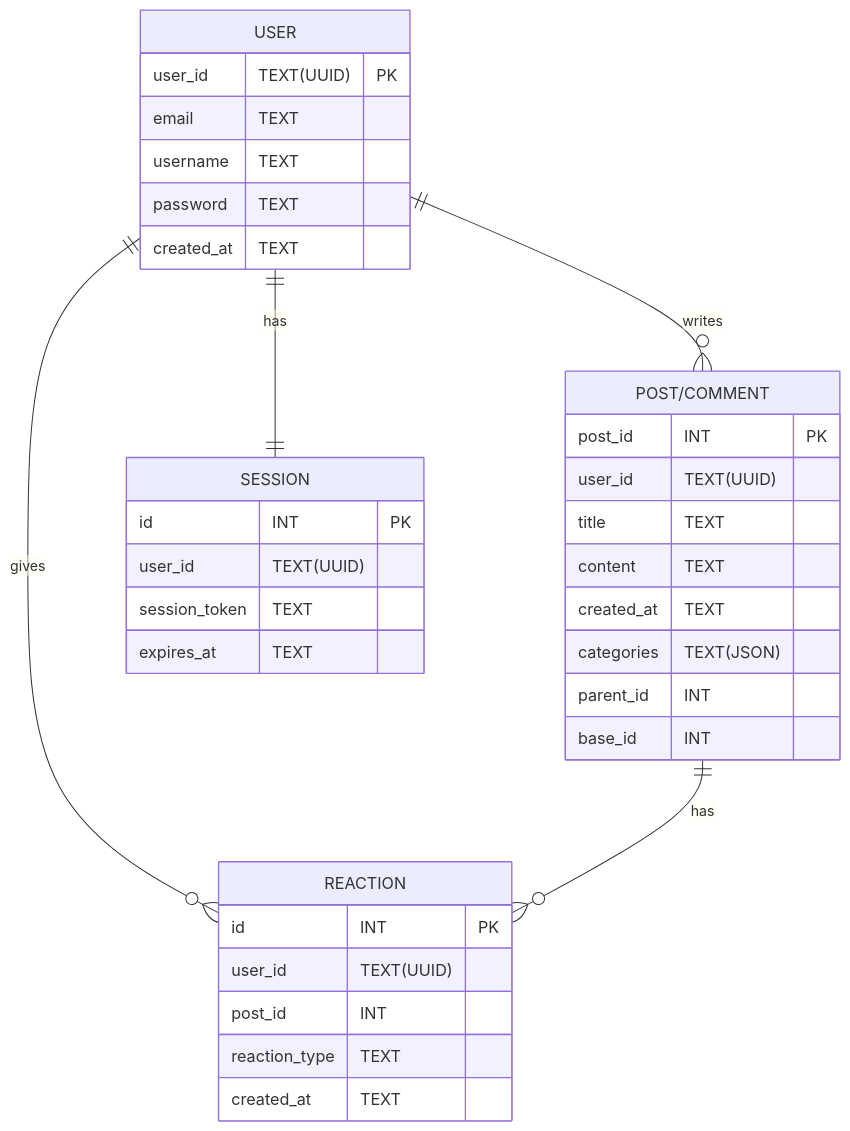
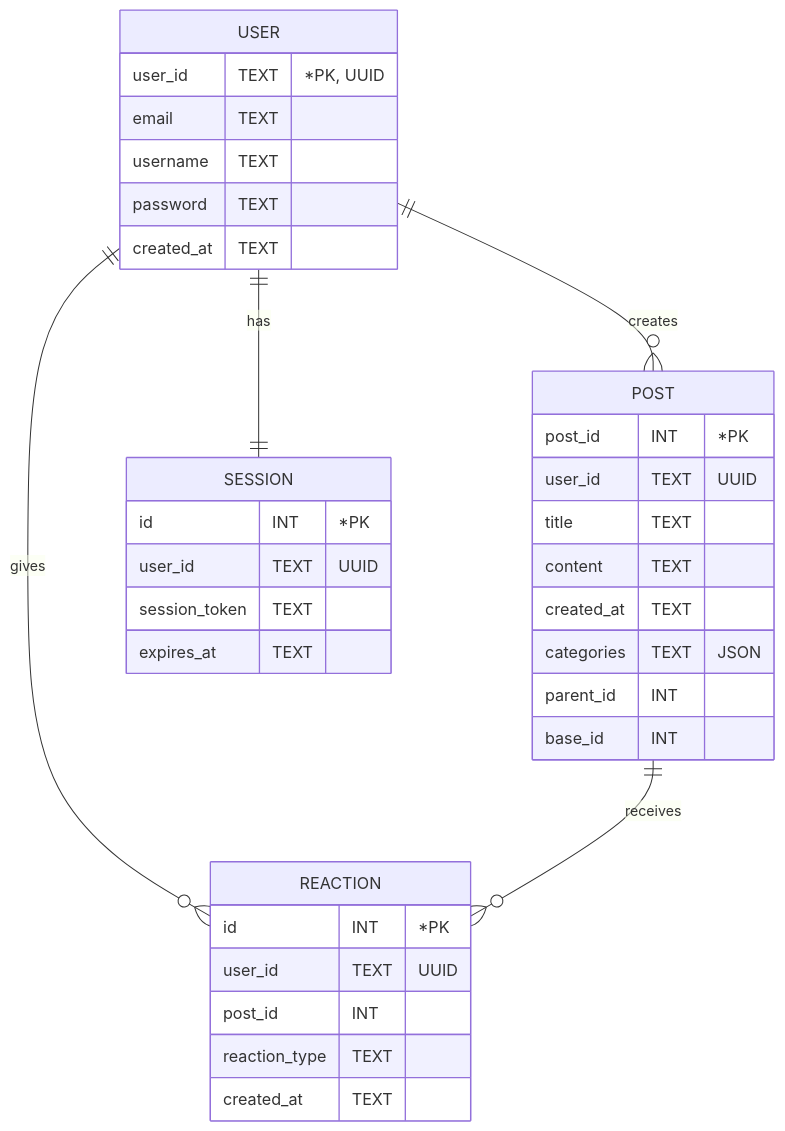
Before and after one commit to olegamobile/forum: the diagram in README.md, drawn with Mermaid.

Commit message:
finally fixed README ERD >:-(

````diff
--- a/README.md
+++ b/README.md
@@ -31,38 +31,39 @@
 ```mermaid
 erDiagram
-   USER {
-        user_id TEXT(UUID) PK
+    USER {
+        user_id TEXT "*PK, UUID"
         email TEXT
         username TEXT
         password TEXT
         created_at TEXT
     }
-    P["POST/COMMENT"] {
-        post_id INT PK
-        user_id TEXT(UUID)
+    POST {
+        post_id INT "*PK"
+        user_id TEXT "UUID"
         title TEXT
         content TEXT
         created_at TEXT
-        categories TEXT(JSON)
+        categories TEXT "JSON"
         parent_id INT
         base_id INT
     }
-    R[REACTION] {
-        id INT PK
-        user_id TEXT(UUID)
+    REACTION {
+        id INT "*PK"
+        user_id TEXT "UUID"
         post_id INT
         reaction_type TEXT
         created_at TEXT
     }
-    S[SESSION] {
-        id INT PK
-        user_id TEXT(UUID)
+    SESSION {
+        id INT "*PK"
+        user_id TEXT "UUID"
         session_token TEXT
         expires_at TEXT
     }
 
-    USER ||--|| S : has
-    USER ||--o{ P : writes
-    USER ||--o{ R : gives
-    P ||--o{ R : has
+    USER ||--|| SESSION : has
+    USER ||--o{ POST : creates
+    USER ||--o{ REACTION : gives
+    POST ||--o{ REACTION : receives
+
 ```
````
